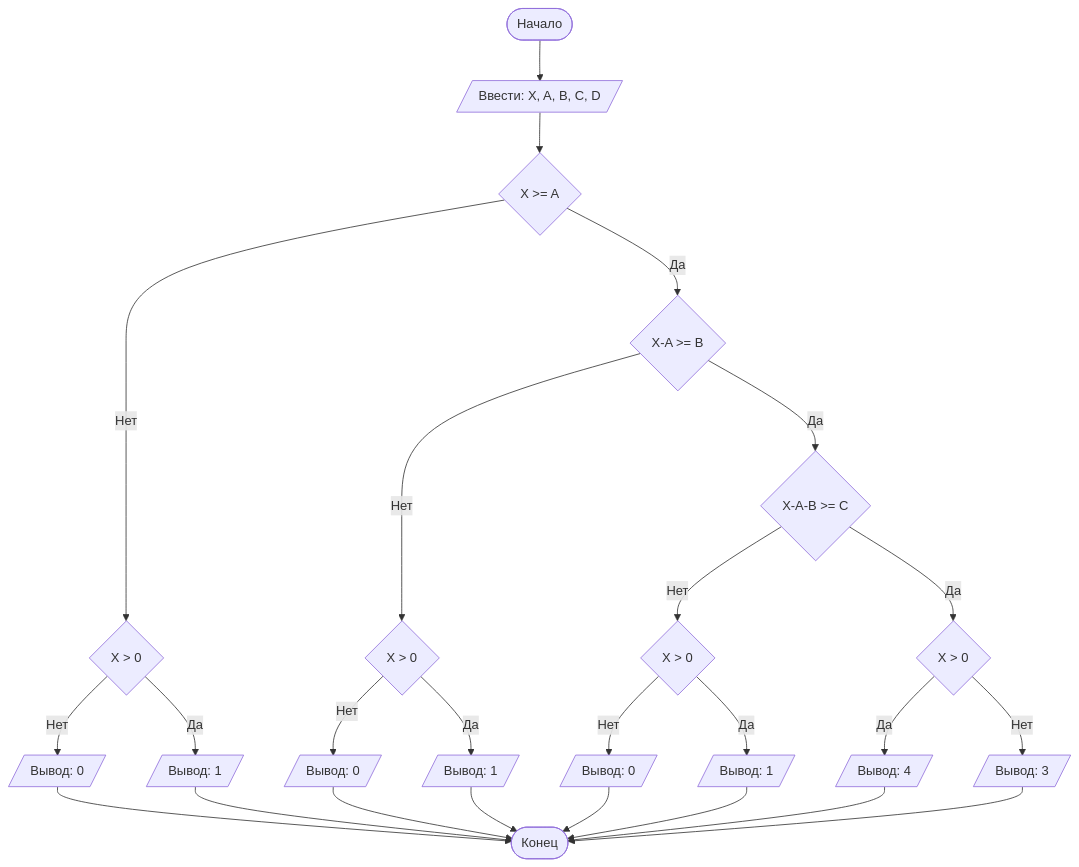
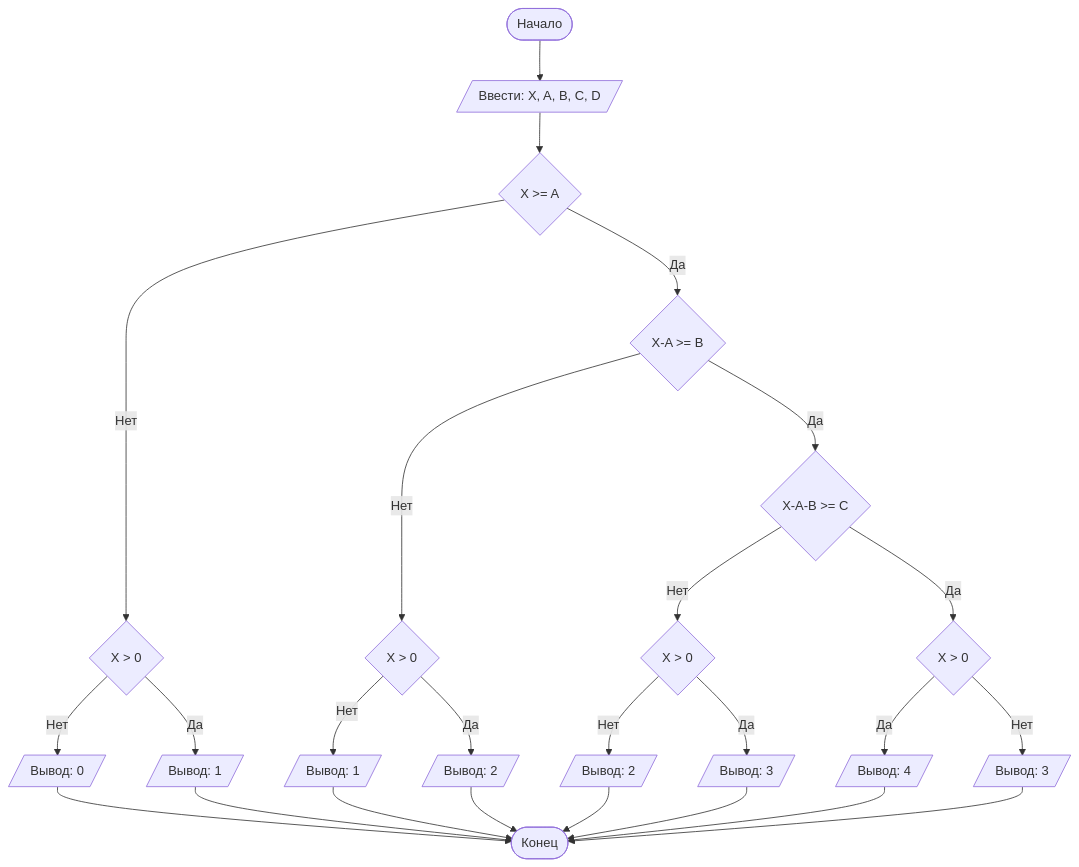
The diagram in README.md (abchaccccc/LabNumber1), drawn with Mermaid before and after one commit.

````diff
--- a/README.md
+++ b/README.md
@@ -97,29 +97,29 @@
 ```mermaid
 graph TD
     A([Начало]) --> B[/Ввести: X, A, B, C, D/]
     B --> C{X >= A}
     C -- Нет --> D{X > 0}
     D -- Нет --> M[/Вывод: 0/]
     D -- Да --> N[/Вывод: 1/]
     C -- Да --> E{X-A >= B}
     E -- Нет --> V{X > 0}
-    V -- Нет --> L[/Вывод: 0/]
-    V -- Да --> X[/Вывод: 1/]
+    V -- Нет --> L[/Вывод: 1/]
+    V -- Да --> X[/Вывод: 2/]
     E -- Да --> G{X-A-B >= C}
     G -- Нет --> P{X > 0}
     G -- Да --> I{X > 0}
-    P -- Нет --> H[/Вывод: 0/]
-    P -- Да --> R[/Вывод: 1/]
+    P -- Нет --> H[/Вывод: 2/]
+    P -- Да --> R[/Вывод: 3/]
     I -- Да --> J[/Вывод: 4/]
     I -- Нет --> U[/Вывод: 3/]
     X --> Z
     M --> Z
     N --> Z
     H --> Z
     R --> Z
     U --> Z
     L --> Z
     J --> Z([Конец])
     
 
 ```
````
